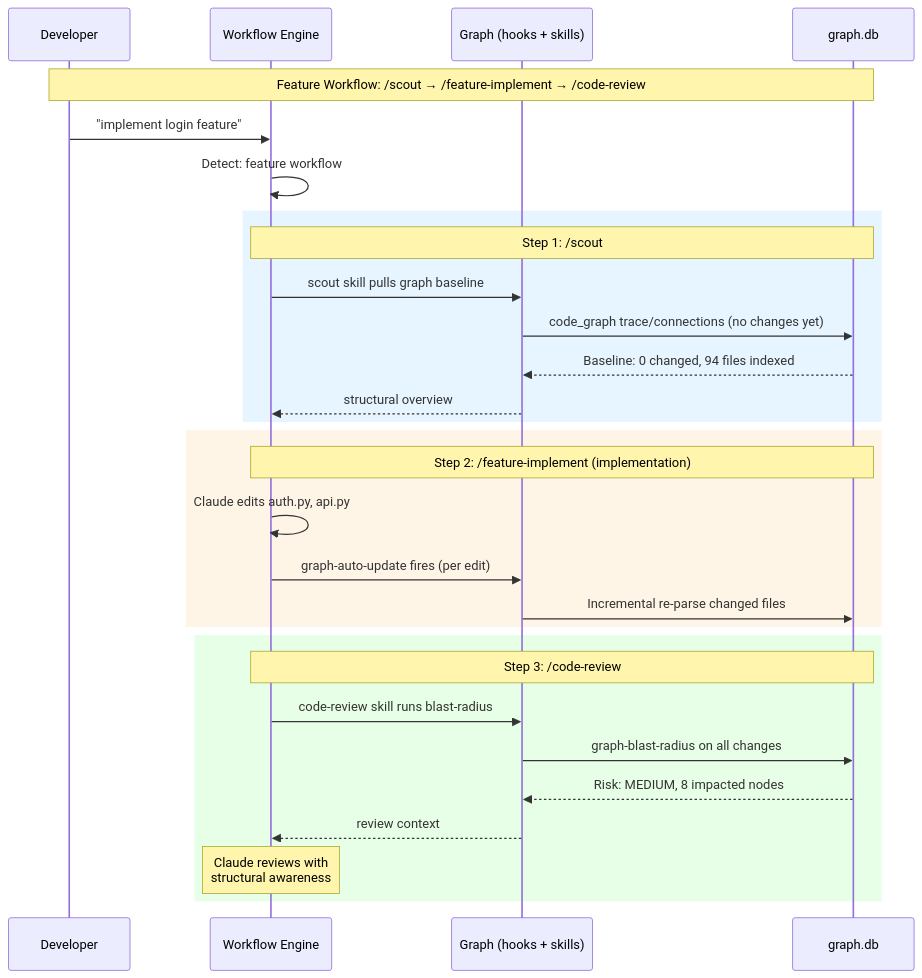
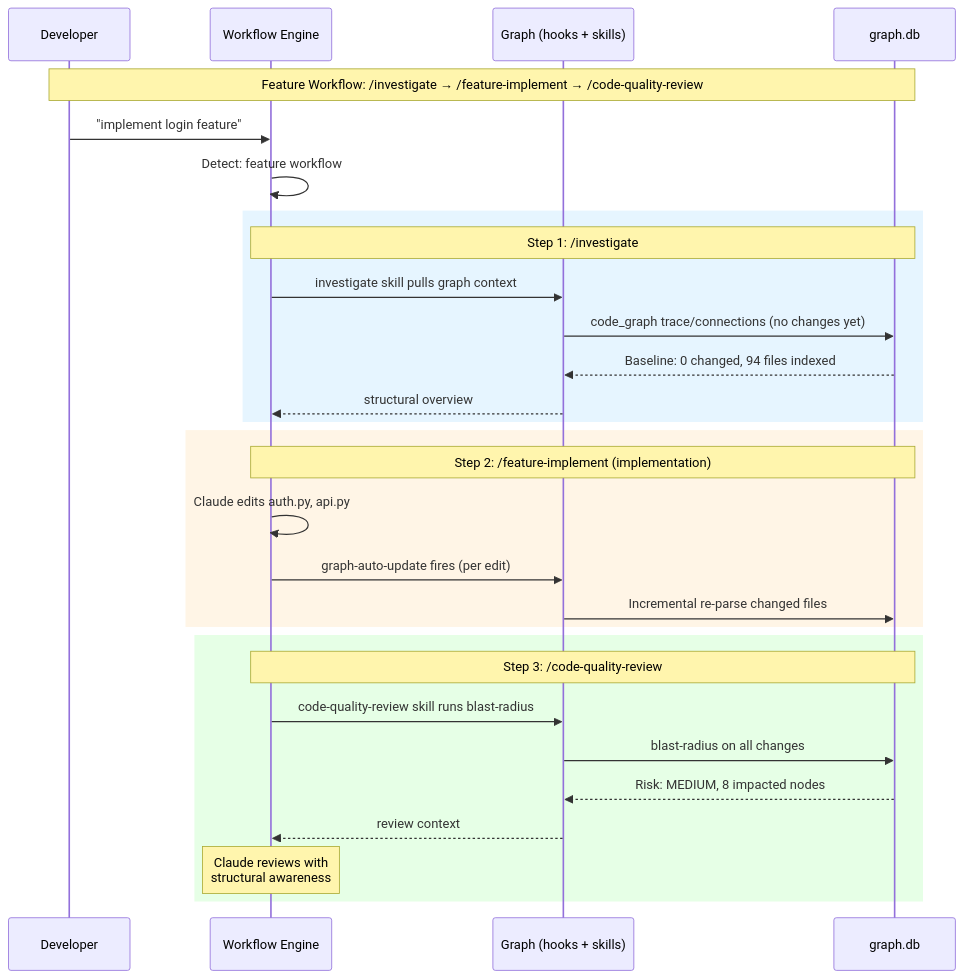
Before and after one commit to duc01226/EasyPlatform: the sixth of 8 diagrams in .claude/docs/code-graph-mechanism.md, drawn with Mermaid. The commit also changed other lines of this file and 2892 other files, not shown here.

````diff
--- a/.claude/docs/code-graph-mechanism.md
+++ b/.claude/docs/code-graph-mechanism.md
@@ -545,36 +548,36 @@
 ```mermaid
 sequenceDiagram
     participant Dev as Developer
     participant WF as Workflow Engine
     participant Hook as Graph (hooks + skills)
     participant Graph as graph.db
 
-    Note over Dev,Graph: Feature Workflow: /scout → /feature-implement → /code-review
+    Note over Dev,Graph: Feature Workflow: /investigate → /feature-implement → /code-quality-review
 
     Dev->>WF: "implement login feature"
     WF->>WF: Detect: feature workflow
 
     rect rgb(230, 245, 255)
-        Note over WF,Graph: Step 1: /scout
-        WF->>Hook: scout skill pulls graph baseline
+        Note over WF,Graph: Step 1: /investigate
+        WF->>Hook: investigate skill pulls graph context
         Hook->>Graph: code_graph trace/connections (no changes yet)
         Graph-->>Hook: Baseline: 0 changed, 94 files indexed
         Hook-->>WF: structural overview
     end
 
     rect rgb(255, 245, 230)
         Note over WF,Graph: Step 2: /feature-implement (implementation)
         WF->>WF: Claude edits auth.py, api.py
         WF->>Hook: graph-auto-update fires (per edit)
         Hook->>Graph: Incremental re-parse changed files
     end
 
     rect rgb(230, 255, 230)
-        Note over WF,Graph: Step 3: /code-review
-        WF->>Hook: code-review skill runs blast-radius
-        Hook->>Graph: graph-blast-radius on all changes
+        Note over WF,Graph: Step 3: /code-quality-review
+        WF->>Hook: code-quality-review skill runs blast-radius
+        Hook->>Graph: blast-radius on all changes
         Graph-->>Hook: Risk: MEDIUM, 8 impacted nodes
         Hook-->>WF: review context
         Note over WF: Claude reviews with<br/>structural awareness
     end
 ```
````
